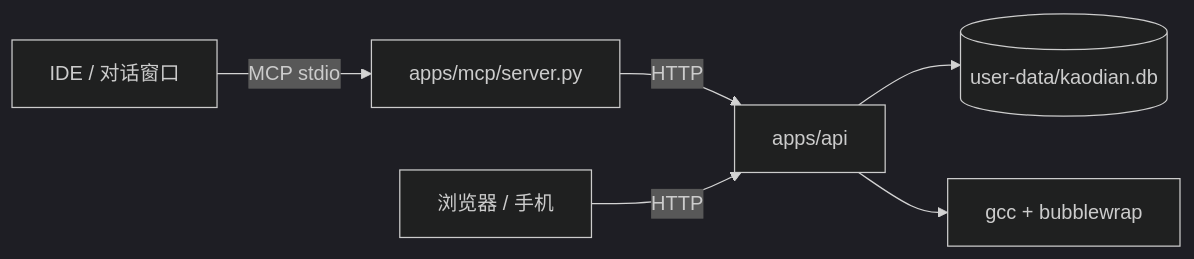
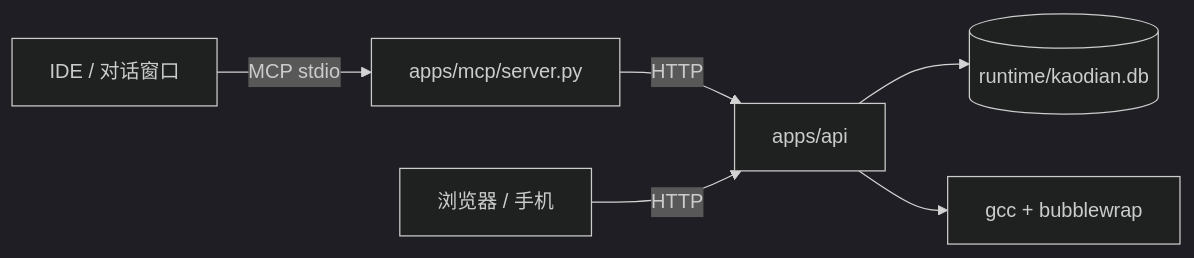
One commit to xuanyuanluoxue/kaodian changed the diagram in docs/ai/integration.md. Above: the diagram before and after it, drawn with Mermaid (dark theme). The commit also changed 73 other files, not shown here.

````diff
--- a/docs/ai/integration.md
+++ b/docs/ai/integration.md
@@ -7,8 +7,8 @@
 ```mermaid
 flowchart LR
   Chat["IDE / 对话窗口"] -->|MCP stdio| MCP["apps/mcp/server.py"]
   MCP -->|HTTP| API["apps/api"]
   Browser["浏览器 / 手机"] -->|HTTP| API
-  API --> DB[("user-data/kaodian.db")]
+  API --> DB[("runtime/kaodian.db")]
   API --> Sandbox["gcc + bubblewrap"]
 ```
````
